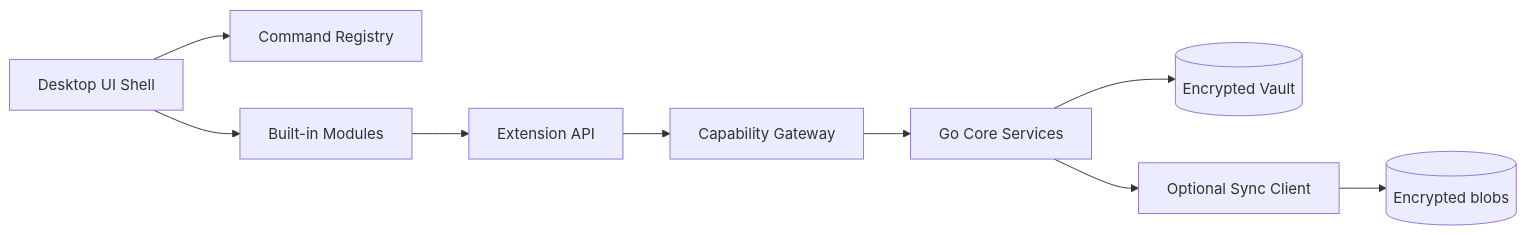
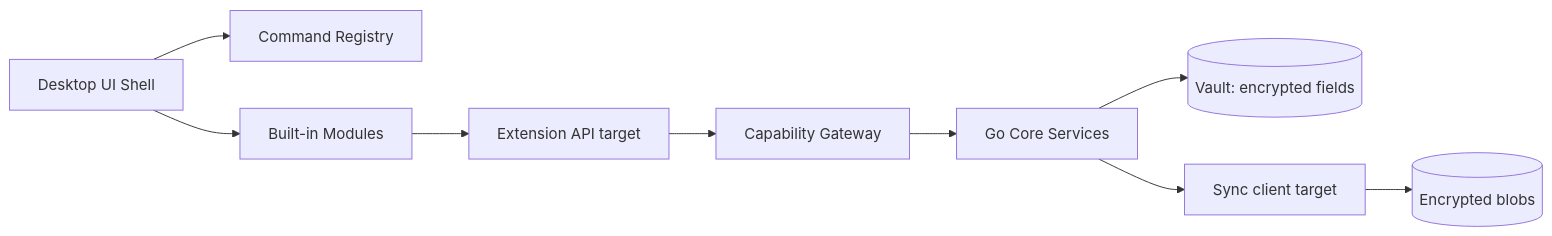
The diagram in content/projects/dev-kit/system-overview.mdx (syurodev/base), drawn with Mermaid before and after one commit. The commit also changed other lines of this file and 9 other files, not shown here.

Commit message:
docs: align DevKit knowledge pages with architecture scope

````diff
--- a/content/projects/dev-kit/system-overview.mdx
+++ b/content/projects/dev-kit/system-overview.mdx
@@ -10,11 +10,11 @@
 ```mermaid
 flowchart LR
   UI[Desktop UI Shell] --> REG[Command Registry]
   UI --> MOD[Built-in Modules]
-  MOD --> EXT[Extension API]
+  MOD --> EXT[Extension API target]
   EXT --> GW[Capability Gateway]
   GW --> CORE[Go Core Services]
-  CORE --> VAULT[(Encrypted Vault)]
-  CORE --> SYNC[Optional Sync Client]
+  CORE --> VAULT[(Vault: encrypted fields)]
+  CORE --> SYNC[Sync client target]
   SYNC --> CLOUD[(Encrypted blobs)]
 ```
````
